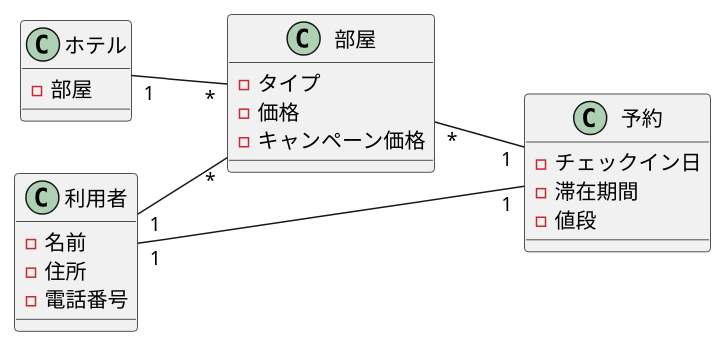
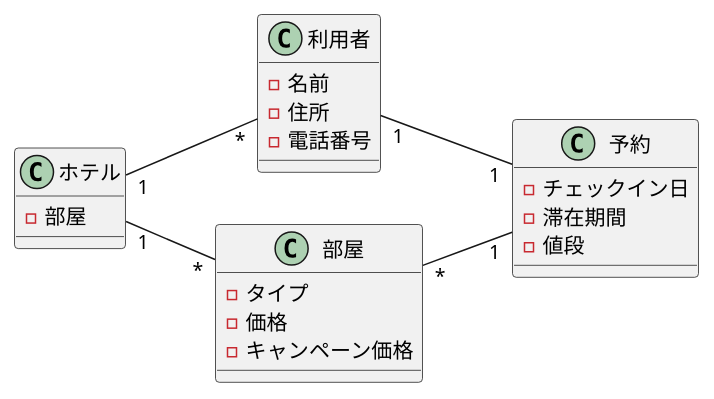
One commit to Kuya0307/unl-introduction changed the diagram in 演習3-3_CL_ホテルと利用者と部屋と予約.pu. Above: the diagram before and after it, drawn with PlantUML.

Commit message:
三度目の間違いを訂正

```diff
--- a/演習3-3_CL_ホテルと利用者と部屋と予約.pu
+++ b/演習3-3_CL_ホテルと利用者と部屋と予約.pu
@@ -1,26 +1,26 @@
 @startuml クラス図
 left to right direction
     class "利用者" as user{
         - 名前
         - 住所
         - 電話番号
     }
     class "ホテル" as ho{
         - 部屋
     }
     class "部屋" as room{
         - タイプ
         - 価格
         - キャンペーン価格
     }
     class "予約" as res{
         - チェックイン日
         - 滞在期間
         - 値段
     }
     ho"1" -- "*"room
-    ' ho"1" -- "*"user
-    user"1" -- "*"room
+    ho"1" -- "*"user
+    ' user"1" -- "*"room
     user"1" -- "1"res
     room"*" -- "1"res
 @enduml
```
